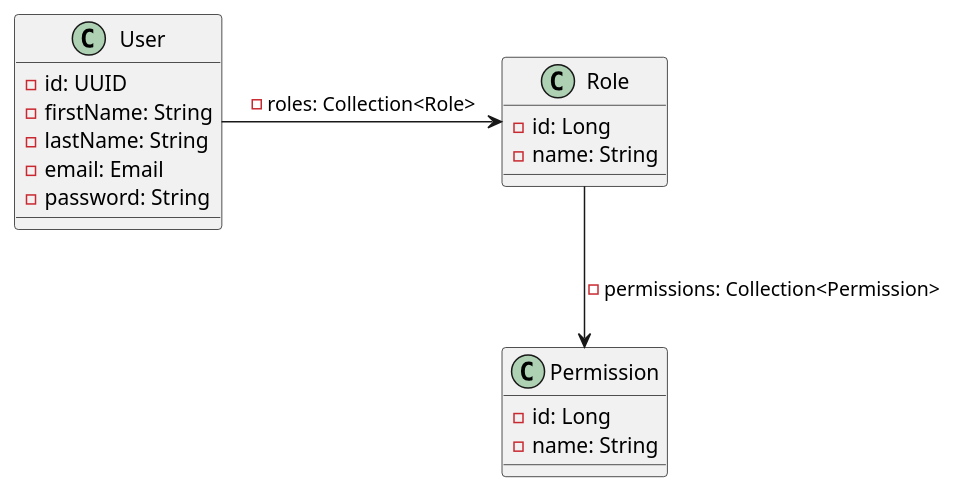
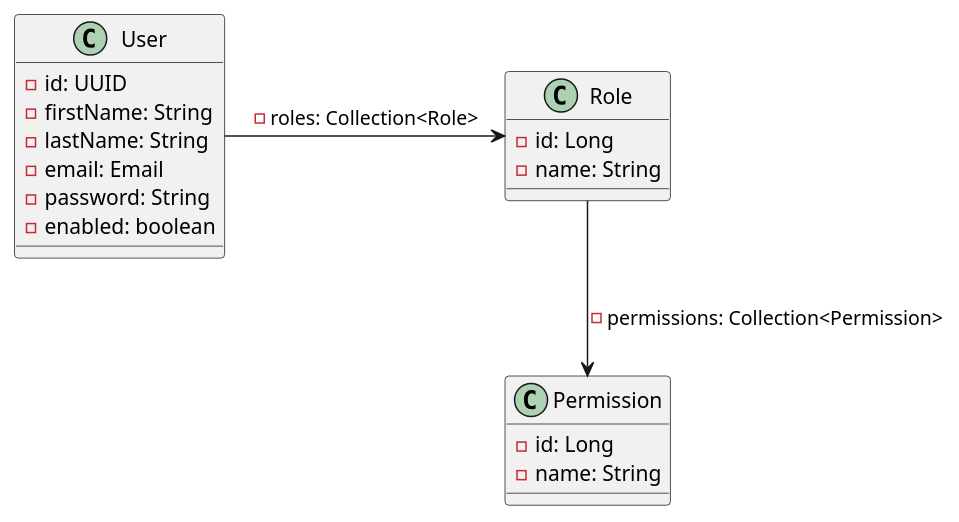
The diagram in uml/class.puml (Vixi9/LibraryAuthApi), drawn with PlantUML before and after one commit. The commit also changed 17 other files, not shown here.

```diff
--- a/uml/class.puml
+++ b/uml/class.puml
@@ -1,26 +1,27 @@
 @startuml
 'https://plantuml.com/class-diagram
 
 class User {
     -id: UUID
     -firstName: String
     -lastName: String
     -email: Email
     -password: String
+    -enabled: boolean
 }
 
 class Role {
     -id: Long
     -name: String
 }
 
 class Permission {
     -id: Long
     -name: String
 }
 
 User -> Role: -roles: Collection<Role>
 
 Role --> Permission: -permissions: Collection<Permission>
 
 @enduml
```
